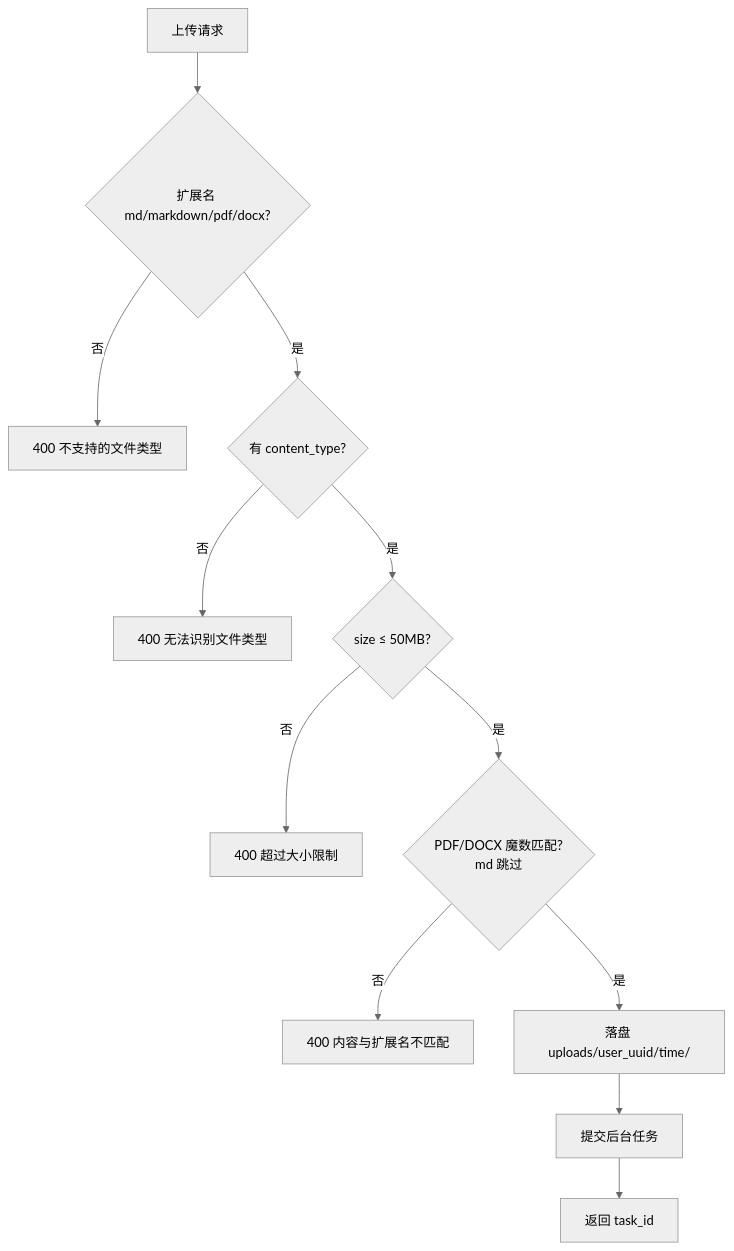
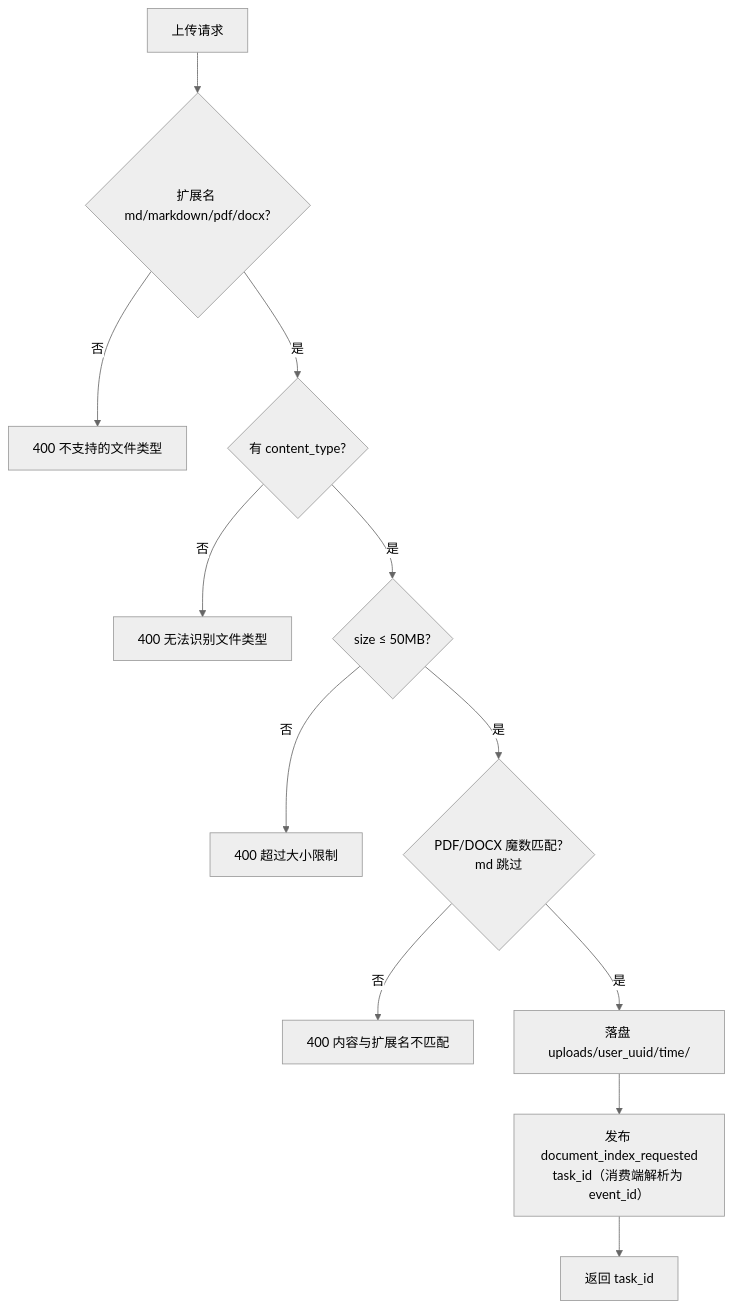
Before and after one commit to bitladykiller/-: diagram 24 of 36 in docs/modules/00-全流程图集.md, drawn with Mermaid (neutral theme). The commit also changed other lines of this file and 19 other files, not shown here.

````diff
--- a/docs/modules/00-全流程图集.md
+++ b/docs/modules/00-全流程图集.md
@@ -835,14 +874,14 @@
 ```mermaid
 flowchart TD
     U[上传请求] --> V1{扩展名 md/markdown/pdf/docx?}
     V1 -->|否| E400a[400 不支持的文件类型]
     V1 -->|是| V2{有 content_type?}
     V2 -->|否| E400b[400 无法识别文件类型]
     V2 -->|是| V3{size ≤ 50MB?}
     V3 -->|否| E400c[400 超过大小限制]
     V3 -->|是| V4{PDF/DOCX 魔数匹配?<br/>md 跳过}
     V4 -->|否| E400d[400 内容与扩展名不匹配]
     V4 -->|是| SAVE[落盘 uploads/user_uuid/time/]
-    SAVE --> SUB[提交后台任务]
+    SAVE --> SUB[发布 document_index_requested<br/>task_id（消费端解析为 event_id）]
     SUB --> RET[返回 task_id]
 ```
````
